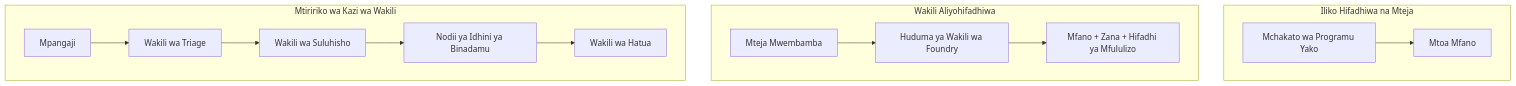
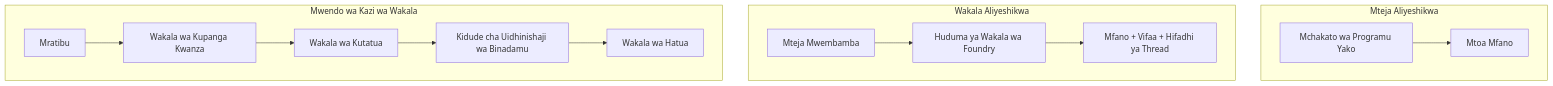
One commit to gabrielmoreira/agent-skills-mirror changed the first of 4 diagrams in mirrors/repos/microsoft@ai-agents-for-beginners/translations/sw/16-deploying-scalable-agents/README.md. Above: the diagram before and after it, drawn with Mermaid. The commit also changed other lines of this file and 4262 other files, not shown here.

````diff
--- a/mirrors/repos/microsoft@ai-agents-for-beginners/translations/sw/16-deploying-scalable-agents/README.md
+++ b/mirrors/repos/microsoft@ai-agents-for-beginners/translations/sw/16-deploying-scalable-agents/README.md
@@ -87,16 +87,16 @@
 ```mermaid
 flowchart TB
-    subgraph P1[Iliko Hifadhiwa na Mteja]
+    subgraph P1[Mteja Aliyeshikwa]
         A1[Mchakato wa Programu Yako] --> M1[Mtoa Mfano]
     end
-    subgraph P2[Wakili Aliyohifadhiwa]
-        A2[Mteja Mwembamba] --> F2[Huduma ya Wakili wa Foundry]
-        F2 --> M2[Mfano + Zana + Hifadhi ya Mfululizo]
+    subgraph P2[Wakala Aliyeshikwa]
+        A2[Mteja Mwembamba] --> F2[Huduma ya Wakala wa Foundry]
+        F2 --> M2[Mfano + Vifaa + Hifadhi ya Thread]
     end
-    subgraph P3[Mtiririko wa Kazi wa Wakili]
-        A3[Mpangaji] --> S1[Wakili wa Triage]
-        S1 --> S2[Wakili wa Suluhisho]
-        S2 --> H[Nodii ya Idhini ya Binadamu]
-        H --> S3[Wakili wa Hatua]
+    subgraph P3[Mwendo wa Kazi wa Wakala]
+        A3[Mratibu] --> S1[Wakala wa Kupanga Kwanza]
+        S1 --> S2[Wakala wa Kutatua]
+        S2 --> H[Kidude cha Uidhinishaji wa Binadamu]
+        H --> S3[Wakala wa Hatua]
     end
 ```
````
